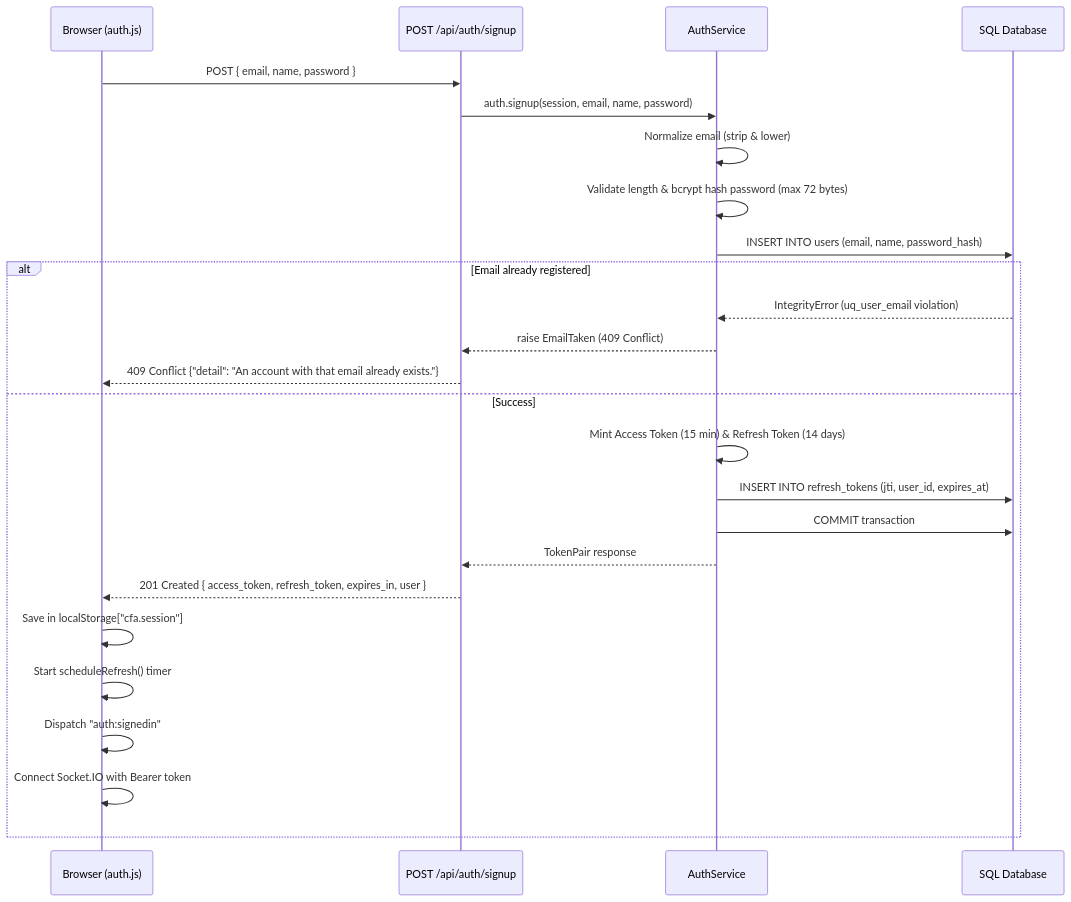
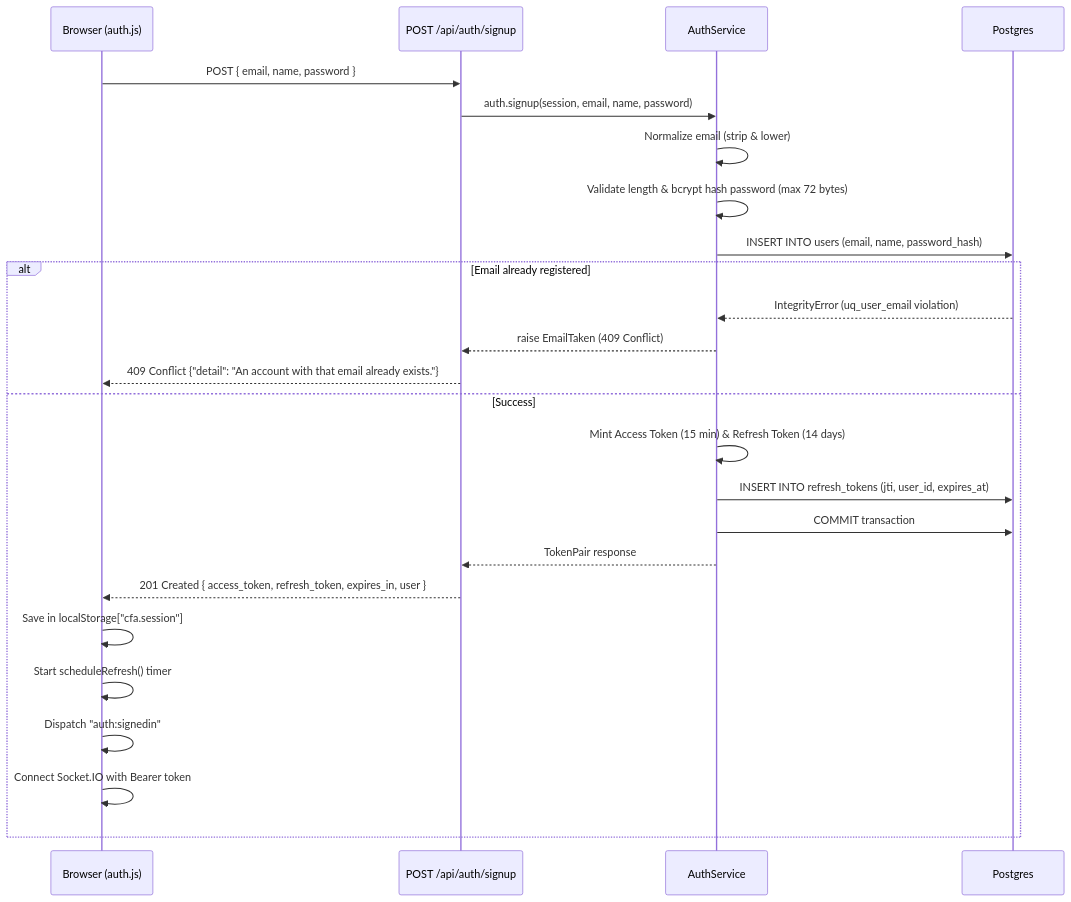
Before and after one commit to selvakumarperumal/Corporate_Filing_Analyzer_Agent: the first of 4 diagrams in docs/HOW-IT-WORKS.md, drawn with Mermaid. The commit also changed other lines of this file and 77 other files, not shown here.

````diff
--- a/docs/HOW-IT-WORKS.md
+++ b/docs/HOW-IT-WORKS.md
@@ -120,28 +121,28 @@
 ```mermaid
 sequenceDiagram
     participant B as Browser (auth.js)
     participant A as POST /api/auth/signup
     participant S as AuthService
-    participant DB as SQL Database
+    participant DB as Postgres
 
     B->>A: POST { email, name, password }
     A->>S: auth.signup(session, email, name, password)
     S->>S: Normalize email (strip & lower)
     S->>S: Validate length & bcrypt hash password (max 72 bytes)
     S->>DB: INSERT INTO users (email, name, password_hash)
     alt Email already registered
         DB-->>S: IntegrityError (uq_user_email violation)
         S-->>A: raise EmailTaken (409 Conflict)
         A-->>B: 409 Conflict {"detail": "An account with that email already exists."}
     else Success
         S->>S: Mint Access Token (15 min) & Refresh Token (14 days)
         S->>DB: INSERT INTO refresh_tokens (jti, user_id, expires_at)
         S->>DB: COMMIT transaction
         S-->>A: TokenPair response
         A-->>B: 201 Created { access_token, refresh_token, expires_in, user }
         B->>B: Save in localStorage["cfa.session"]
         B->>B: Start scheduleRefresh() timer
         B->>B: Dispatch "auth:signedin"
         B->>B: Connect Socket.IO with Bearer token
     end
 ```
````
